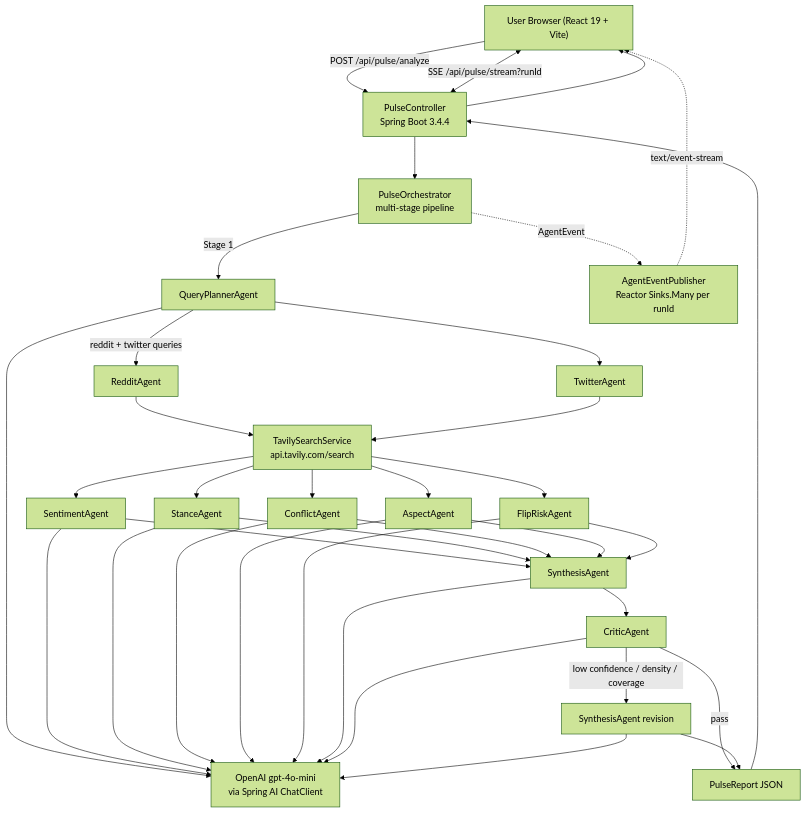
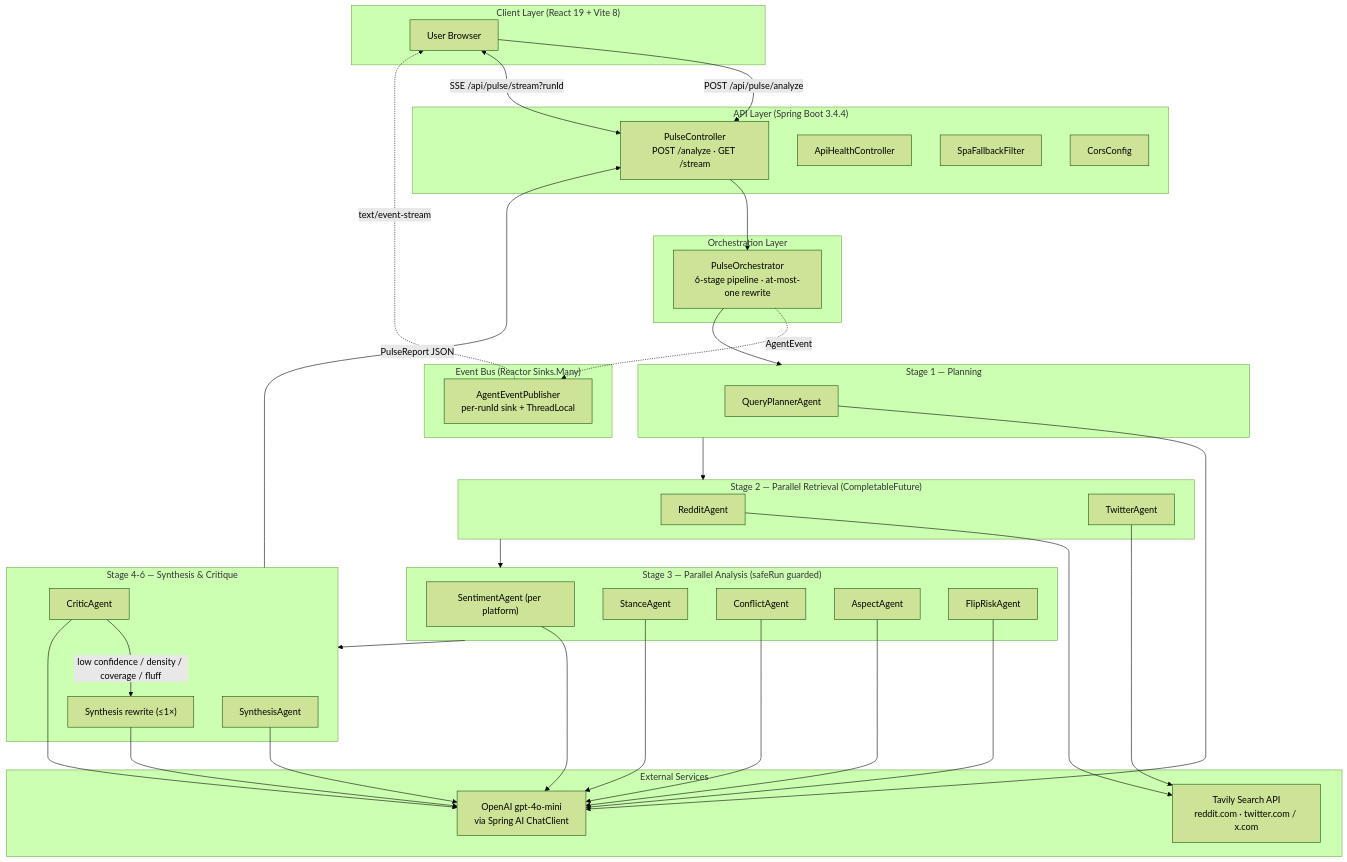
Before and after one commit to Odiethebest/Pulse: the diagram in resume_assets/pulse_resume_CN.md, drawn with Mermaid (forest theme). The commit also changed other lines of this file and 1 other file, not shown here.

Commit message:
docs(resume): rework architecture diagram into layered subgraph layout
Replace the linear flowchart with a grid-style Mermaid diagram that
groups the system into labeled boxes (Client / API / Orchestration /
Stage 1-4 agents / External Services / Event Bus), making the layered
structure easier to scan at a glance.

Also wrap a citation-pattern example in backticks to stop markdown
linters from parsing it as a link reference.

````diff
--- a/resume_assets/pulse_resume_CN.md
+++ b/resume_assets/pulse_resume_CN.md
@@ -14,48 +14,76 @@
 ```mermaid
-flowchart TD
-    User["User Browser (React 19 + Vite)"] -->|POST /api/pulse/analyze| API[PulseController<br/>Spring Boot 3.4.4]
-    User <-->|SSE /api/pulse/stream?runId| API
+flowchart TB
+    subgraph Client["Client Layer (React 19 + Vite 8)"]
+        UI["User Browser"]
+    end
 
-    API --> Orch[PulseOrchestrator<br/>multi-stage pipeline]
+    subgraph APILayer["API Layer (Spring Boot 3.4.4)"]
+        Ctrl["PulseController<br/>POST /analyze · GET /stream"]
+        Health["ApiHealthController"]
+        Spa["SpaFallbackFilter"]
+        Cors["CorsConfig"]
+    end
 
-    Orch -->|Stage 1| QP[QueryPlannerAgent]
-    QP --> LLM[OpenAI gpt-4o-mini<br/>via Spring AI ChatClient]
+    subgraph OrchLayer["Orchestration Layer"]
+        Orch["PulseOrchestrator<br/>6-stage pipeline · at-most-one rewrite"]
+    end
 
-    QP -->|reddit + twitter queries| RA[RedditAgent]
-    QP --> TA[TwitterAgent]
-    RA --> Tavily[TavilySearchService<br/>api.tavily.com/search]
+    subgraph Stage1["Stage 1 — Planning"]
+        QP["QueryPlannerAgent"]
+    end
+
+    subgraph Stage2["Stage 2 — Parallel Retrieval (CompletableFuture)"]
+        RA["RedditAgent"]
+        TA["TwitterAgent"]
+    end
+
+    subgraph Stage3["Stage 3 — Parallel Analysis (safeRun guarded)"]
+        SA["SentimentAgent (per platform)"]
+        StA["StanceAgent"]
+        CFA["ConflictAgent"]
+        AA["AspectAgent"]
+        FA["FlipRiskAgent"]
+    end
+
+    subgraph Stage4["Stage 4-6 — Synthesis & Critique"]
+        Syn["SynthesisAgent"]
+        Crit["CriticAgent"]
+        Rewrite["Synthesis rewrite (≤1×)"]
+    end
+
+    subgraph Ext["External Services"]
+        LLM["OpenAI gpt-4o-mini<br/>via Spring AI ChatClient"]
+        Tavily["Tavily Search API<br/>reddit.com · twitter.com / x.com"]
+    end
+
+    subgraph Bus["Event Bus (Reactor Sinks.Many)"]
+        Pub["AgentEventPublisher<br/>per-runId sink + ThreadLocal"]
+    end
+
+    UI -->|POST /api/pulse/analyze| Ctrl
+    UI <-->|SSE /api/pulse/stream?runId| Ctrl
+    Ctrl --> Orch
+
+    Orch --> Stage1
+    Stage1 --> Stage2
+    Stage2 --> Stage3
+    Stage3 --> Stage4
+    Stage4 -->|PulseReport JSON| Ctrl
+
+    Crit -->|low confidence / density / coverage / fluff| Rewrite
+
+    QP --> LLM
+    RA --> Tavily
     TA --> Tavily
-
-    Tavily --> SA[SentimentAgent]
-    Tavily --> StA[StanceAgent]
-    Tavily --> CFA[ConflictAgent]
-    Tavily --> AA[AspectAgent]
-    Tavily --> FA[FlipRiskAgent]
-
     SA --> LLM
     StA --> LLM
     CFA --> LLM
     AA --> LLM
     FA --> LLM
+    Syn --> LLM
+    Crit --> LLM
+    Rewrite --> LLM
 
-    SA --> Syn[SynthesisAgent]
-    StA --> Syn
-    CFA --> Syn
-    AA --> Syn
-    FA --> Syn
-
-    Syn --> LLM
-    Syn --> Crit[CriticAgent]
-    Crit --> LLM
-
-    Crit -->|low confidence / density / coverage| Rewrite[SynthesisAgent revision]
-    Rewrite --> LLM
-    Crit -->|pass| Report[PulseReport JSON]
-    Rewrite --> Report
-
-    Report --> API
-    API --> User
-
-    Orch -.AgentEvent.-> Pub[AgentEventPublisher<br/>Reactor Sinks.Many per runId]
-    Pub -.text/event-stream.-> User
+    Orch -.AgentEvent.-> Pub
+    Pub -.text/event-stream.-> UI
 ```
````
